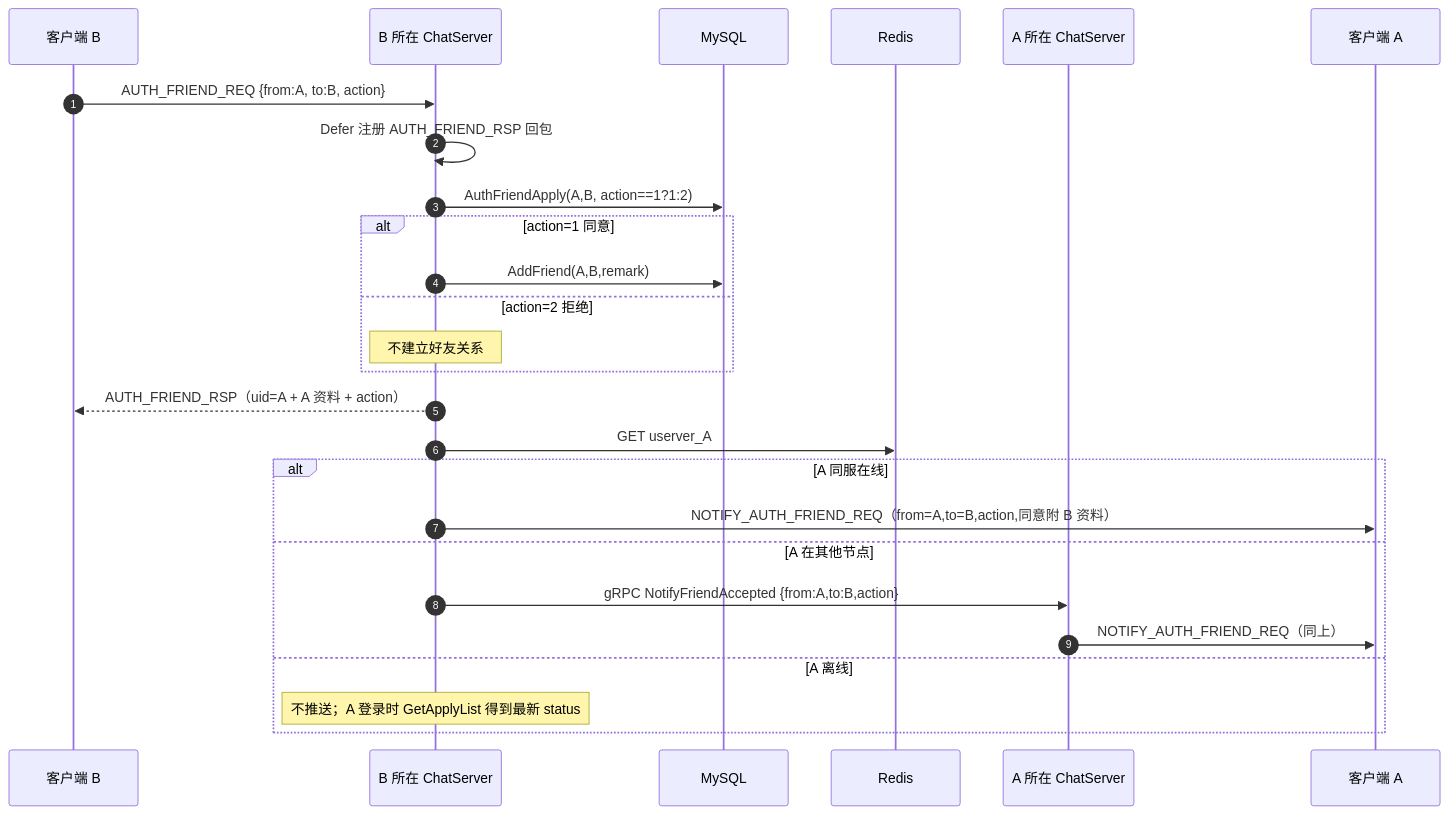
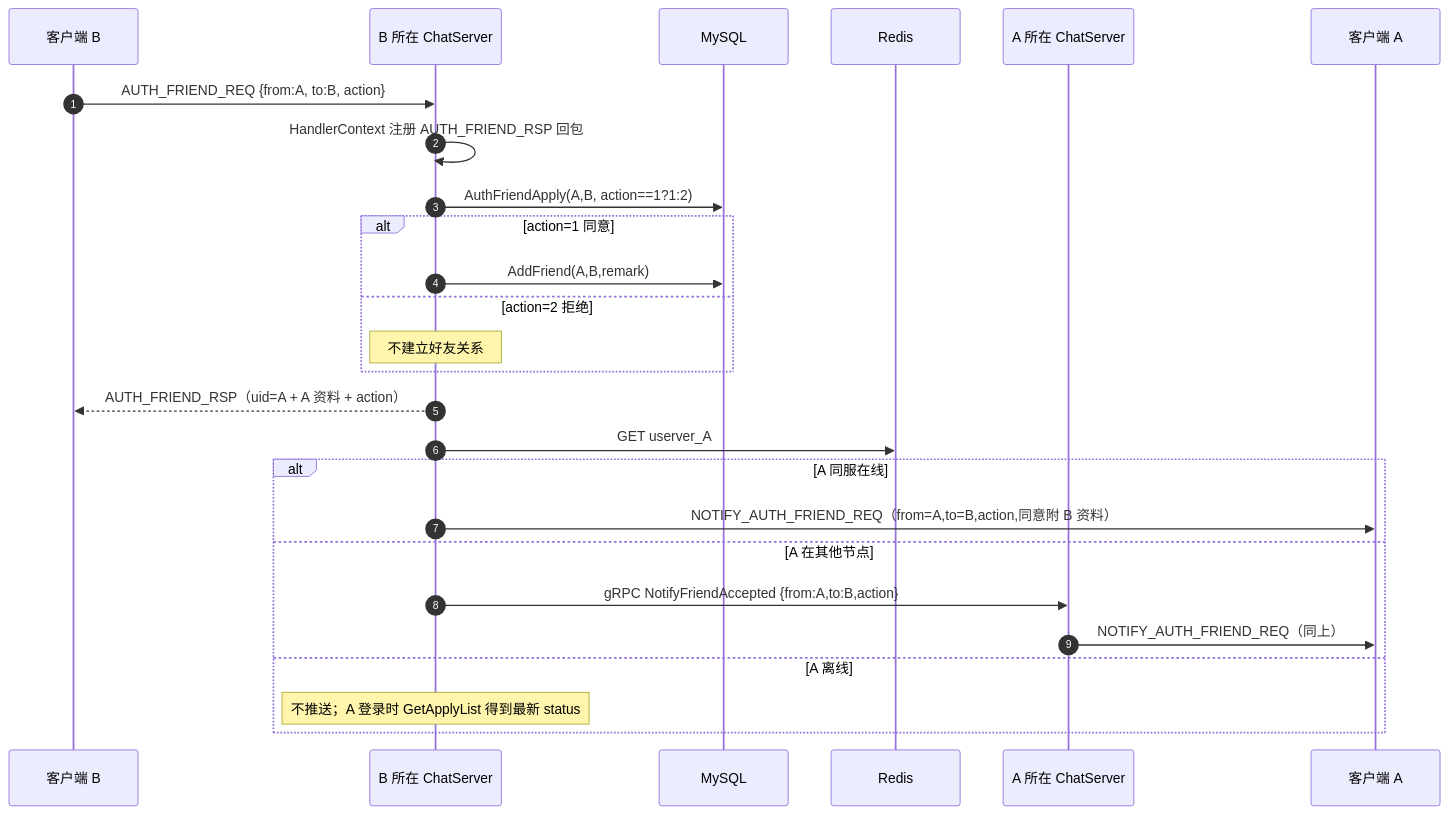
Before and after one commit to codeT2001/MyChat: the fourth of 6 diagrams in Servers/ChatServer/README.md, drawn with Mermaid. The commit also changed other lines of this file and 6 other files, not shown here.

````diff
--- a/Servers/ChatServer/README.md
+++ b/Servers/ChatServer/README.md
@@ -131,29 +136,29 @@
 ```mermaid
 sequenceDiagram
     autonumber
     participant B as 客户端 B
     participant SB as B 所在 ChatServer
     participant DB as MySQL
     participant RD as Redis
     participant SA as A 所在 ChatServer
     participant A as 客户端 A
 
     B->>SB: AUTH_FRIEND_REQ {from:A, to:B, action}
-    SB->>SB: Defer 注册 AUTH_FRIEND_RSP 回包
+    SB->>SB: HandlerContext 注册 AUTH_FRIEND_RSP 回包
     SB->>DB: AuthFriendApply(A,B, action==1?1:2)
     alt action=1 同意
         SB->>DB: AddFriend(A,B,remark)
     else action=2 拒绝
         Note over SB: 不建立好友关系
     end
     SB-->>B: AUTH_FRIEND_RSP（uid=A + A 资料 + action）
     SB->>RD: GET userver_A
     alt A 同服在线
         SB->>A: NOTIFY_AUTH_FRIEND_REQ（from=A,to=B,action,同意附 B 资料）
     else A 在其他节点
         SB->>SA: gRPC NotifyFriendAccepted {from:A,to:B,action}
         SA->>A: NOTIFY_AUTH_FRIEND_REQ（同上）
     else A 离线
         Note over SB: 不推送；A 登录时 GetApplyList 得到最新 status
     end
 ```
````
